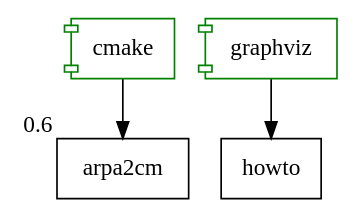
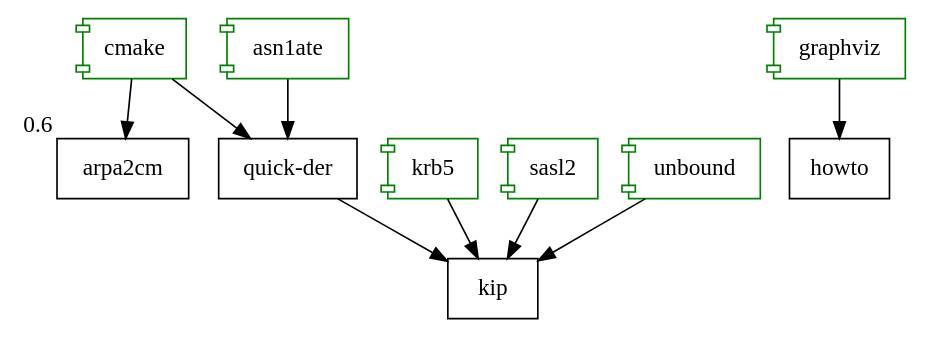
The diagram in data/stack.dot (arpa2/howto), drawn with Graphviz before and after one commit. The commit also changed 1 other file, not shown here.

Commit message:
dependencies: add kip

```diff
--- a/data/stack.dot
+++ b/data/stack.dot
@@ -1,15 +1,33 @@
 strict digraph arpa2 {
 // External dependencies
 node [shape=component,color=green];
+// Tools
 "cmake";
 "graphviz";
+
+// Libraries / packages
+"asn1ate";
+"krb5";
+"sasl2";
+"unbound";
 
 // ARPA2 components
 node [shape=box,color=black];
 "howto";
 "arpa2cm"[xlabel="0.6"];
+"quick-der";
+"kip";
 
 // Dependencies
 "graphviz" -> "howto";
+
 "cmake" -> "arpa2cm";
+
+"asn1ate" -> "quick-der";
+"cmake" -> "quick-der";
+
+"krb5" -> "kip";
+"quick-der" -> "kip";
+"sasl2" -> "kip";
+"unbound" -> "kip";
 }
```
